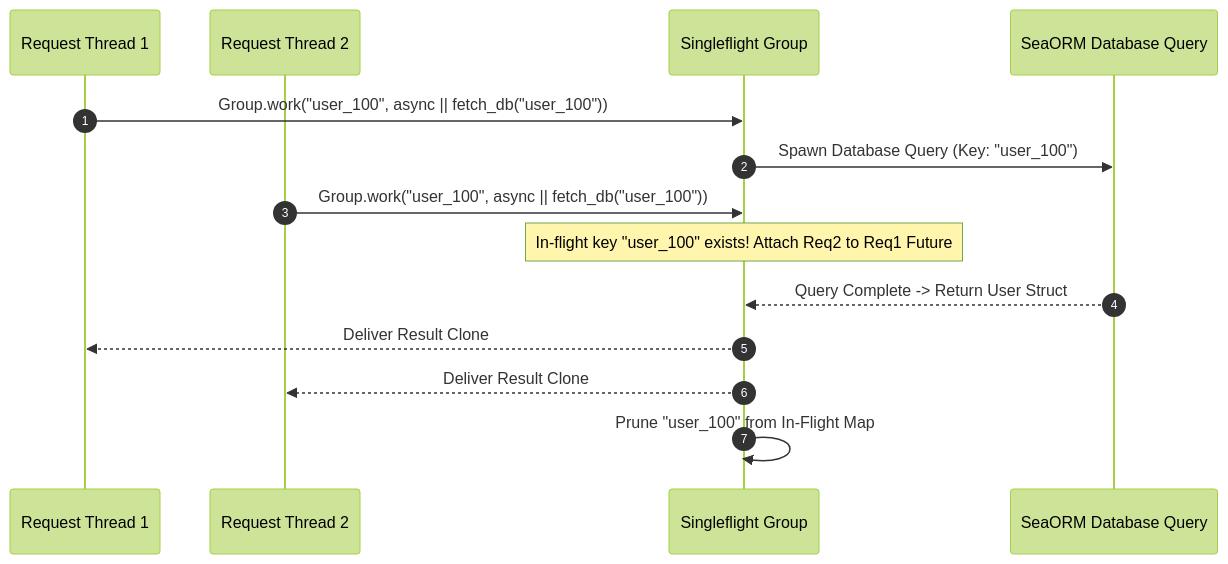
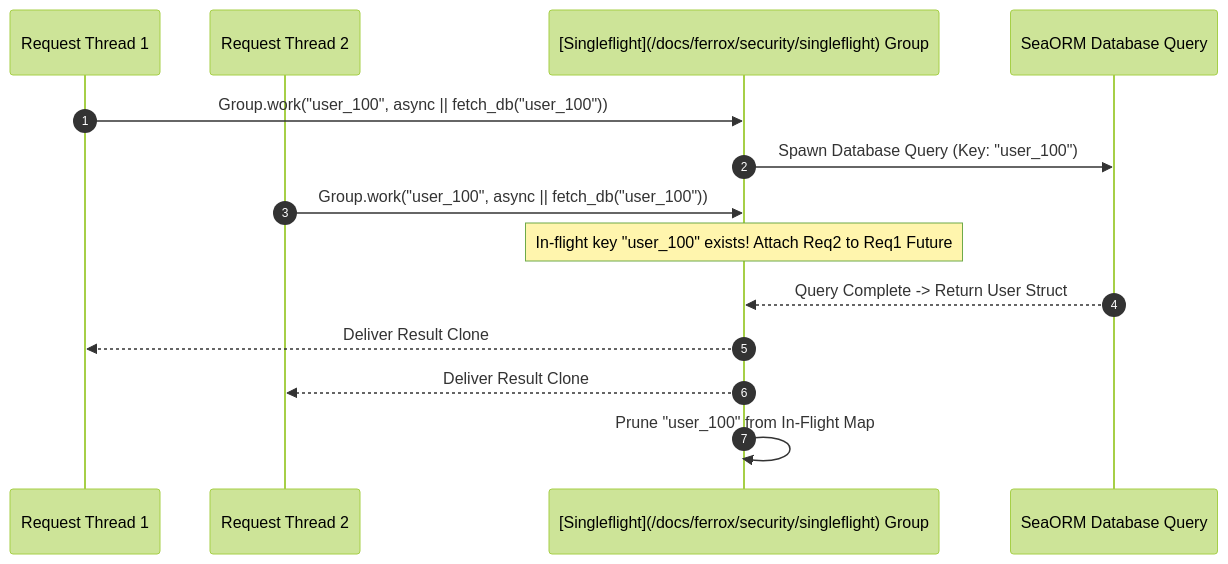
Before and after one commit to AI-Autistic-Intelligence/ferrox-docs: the diagram in docs/ferrox/security/singleflight.md, drawn with Mermaid (forest theme). The commit also changed other lines of this file and 121 other files, not shown here.

````diff
--- a/docs/ferrox/security/singleflight.md
+++ b/docs/ferrox/security/singleflight.md
@@ -50,17 +50,17 @@
 ```mermaid
 sequenceDiagram
     autonumber
     participant Req1 as Request Thread 1
     participant Req2 as Request Thread 2
-    participant Group as Singleflight Group
+    participant Group as [Singleflight](/docs/ferrox/security/singleflight) Group
     participant DB as SeaORM Database Query
 
     Req1->>Group: Group.work("user_100", async || fetch_db("user_100"))
     Group->>DB: Spawn Database Query (Key: "user_100")
     Req2->>Group: Group.work("user_100", async || fetch_db("user_100"))
     Note over Group: In-flight key "user_100" exists! Attach Req2 to Req1 Future
     DB-->>Group: Query Complete -> Return User Struct
     Group-->>Req1: Deliver Result Clone
     Group-->>Req2: Deliver Result Clone
     Group->>Group: Prune "user_100" from In-Flight Map
 ```
````
